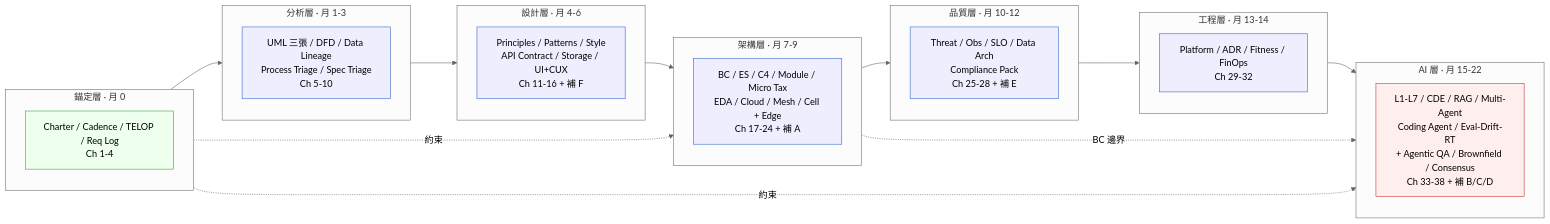
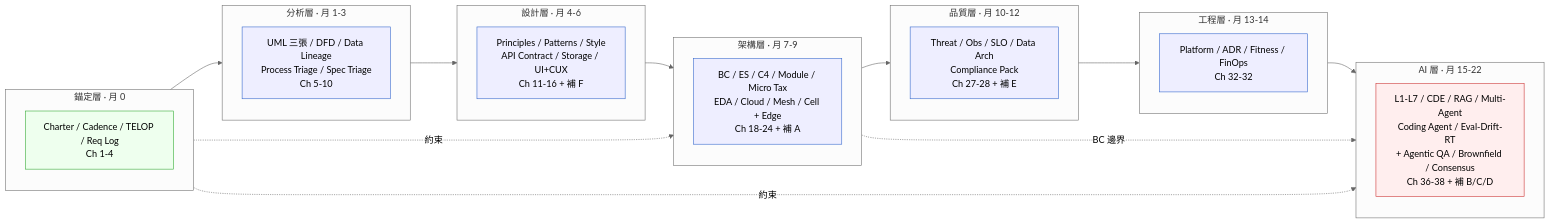
One commit to EddyKuo/sa-sd-playbook changed the second of 3 diagrams in book/part-08-synthesis/ch-47-capstone.md. Above: the diagram before and after it, drawn with Mermaid (neutral theme). The commit also changed other lines of this file and 77 other files, not shown here.

````diff
--- a/book/part-08-synthesis/ch-47-capstone.md
+++ b/book/part-08-synthesis/ch-47-capstone.md
@@ -345,33 +345,33 @@
 ```mermaid
 flowchart LR
     subgraph Anchor [錨定層 · 月 0]
       Charter["Charter / Cadence / TELOP / Req Log<br/>Ch 1-4"]:::goal
     end
     subgraph Analysis [分析層 · 月 1-3]
       A["UML 三張 / DFD / Data Lineage<br/>Process Triage / Spec Triage<br/>Ch 5-10"]:::cold
     end
     subgraph Design [設計層 · 月 4-6]
       D["Principles / Patterns / Style<br/>API Contract / Storage / UI+CUX<br/>Ch 11-16 + 補 F"]:::cold
     end
     subgraph Architecture [架構層 · 月 7-9]
-      AR["BC / ES / C4 / Module / Micro Tax<br/>EDA / Cloud / Mesh / Cell + Edge<br/>Ch 17-24 + 補 A"]:::cold
+      AR["BC / ES / C4 / Module / Micro Tax<br/>EDA / Cloud / Mesh / Cell + Edge<br/>Ch 18-24 + 補 A"]:::cold
     end
     subgraph Quality [品質層 · 月 10-12]
-      Q["Threat / Obs / SLO / Data Arch<br/>Compliance Pack<br/>Ch 25-28 + 補 E"]:::cold
+      Q["Threat / Obs / SLO / Data Arch<br/>Compliance Pack<br/>Ch 27-28 + 補 E"]:::cold
     end
     subgraph Engineering [工程層 · 月 13-14]
-      E["Platform / ADR / Fitness / FinOps<br/>Ch 29-32"]:::cold
+      E["Platform / ADR / Fitness / FinOps<br/>Ch 32-32"]:::cold
     end
     subgraph AI [AI 層 · 月 15-22]
-      AIL["L1-L7 / CDE / RAG / Multi-Agent<br/>Coding Agent / Eval-Drift-RT<br/>+ Agentic QA / Brownfield / Consensus<br/>Ch 33-38 + 補 B/C/D"]:::hot
+      AIL["L1-L7 / CDE / RAG / Multi-Agent<br/>Coding Agent / Eval-Drift-RT<br/>+ Agentic QA / Brownfield / Consensus<br/>Ch 36-38 + 補 B/C/D"]:::hot
     end
 
     Anchor --> Analysis --> Design --> Architecture --> Quality --> Engineering --> AI
     Anchor -. 約束 .-> Architecture
     Anchor -. 約束 .-> AI
     Architecture -. BC 邊界 .-> AI
 
     classDef hot fill:#fee,stroke:#c33
     classDef cold fill:#eef,stroke:#36c
     classDef goal fill:#efe,stroke:#3a3
 ```
````
